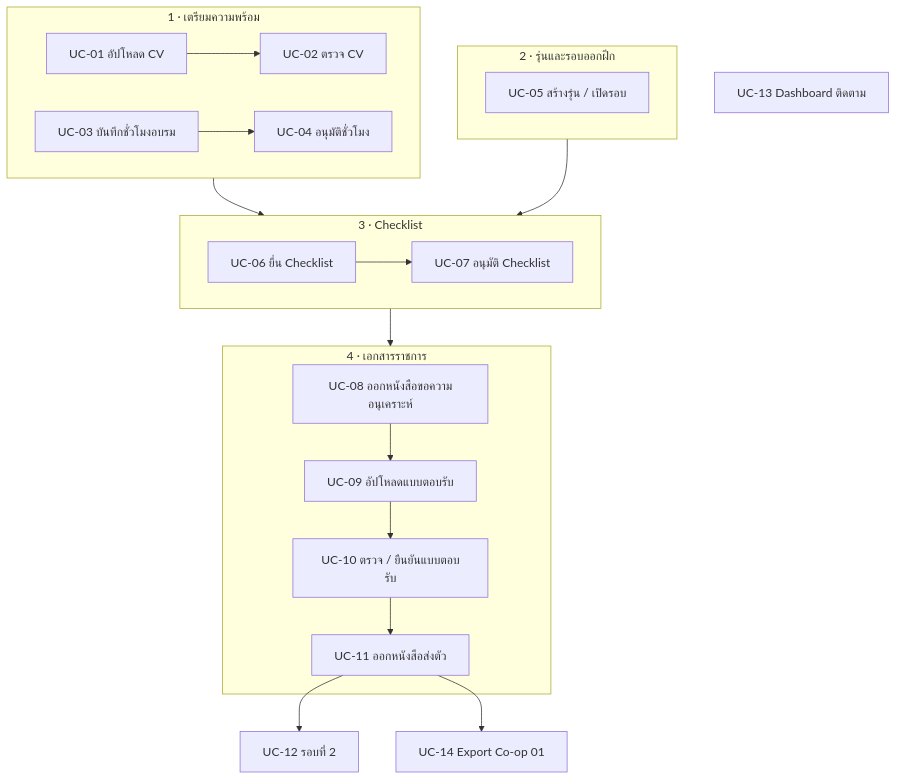
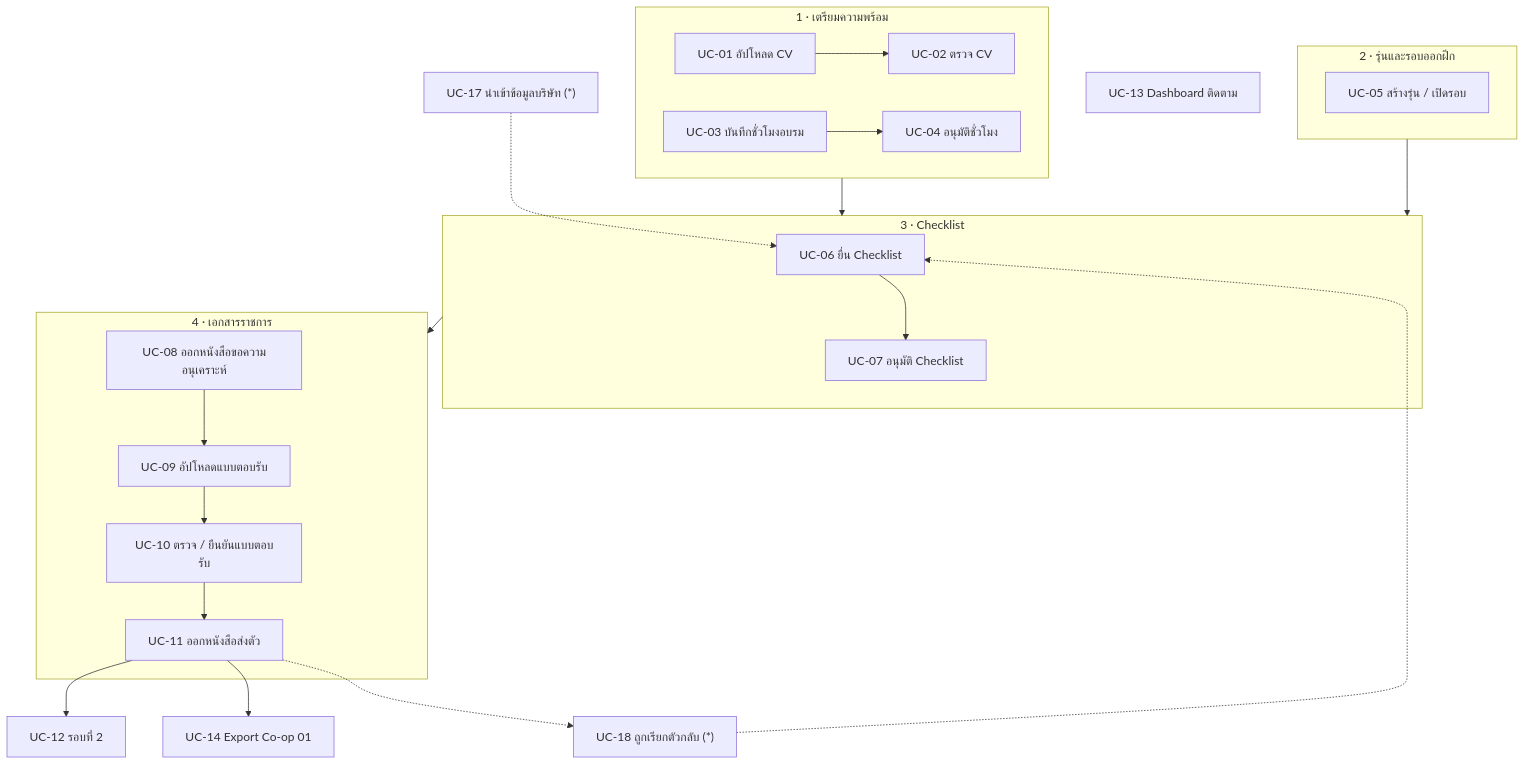
Before and after one commit to Whyer2005/ICT_Internship_tracking_system: the diagram in docs/requirements/03_USE_CASES.md, drawn with Mermaid. The commit also changed other lines of this file and 16 other files, not shown here.

Commit message:
ตั่งdefault ไม่แสดงวันเวลาต้องกดเพิ่มเอง(สร้างกจกรรมอบรมของstaff) & update diagram

````diff
--- a/docs/requirements/03_USE_CASES.md
+++ b/docs/requirements/03_USE_CASES.md
@@ -8,24 +8,27 @@
 ```mermaid
 flowchart TB
   subgraph PREP[1 · เตรียมความพร้อม]
     UC01[UC-01 อัปโหลด CV] --> UC02[UC-02 ตรวจ CV]
     UC03[UC-03 บันทึกชั่วโมงอบรม] --> UC04[UC-04 อนุมัติชั่วโมง]
   end
   subgraph CYCLE[2 · รุ่นและรอบออกฝึก]
     UC05[UC-05 สร้างรุ่น / เปิดรอบ]
   end
   subgraph CHK[3 · Checklist]
     UC06[UC-06 ยื่น Checklist] --> UC07[UC-07 อนุมัติ Checklist]
   end
   subgraph DOC[4 · เอกสารราชการ]
     UC08[UC-08 ออกหนังสือขอความอนุเคราะห์] --> UC09[UC-09 อัปโหลดแบบตอบรับ]
     UC09 --> UC10[UC-10 ตรวจ / ยืนยันแบบตอบรับ]
     UC10 --> UC11[UC-11 ออกหนังสือส่งตัว]
   end
   PREP --> CHK
   CYCLE --> CHK
   CHK --> DOC
   UC11 --> UC12[UC-12 รอบที่ 2]
   UC11 --> UC14[UC-14 Export Co-op 01]
+  UC11 -.-> UC18["UC-18 ถูกเรียกตัวกลับ (*)"]
+  UC18 -.-> UC06
   UC13[UC-13 Dashboard ติดตาม]
+  UC17["UC-17 นำเข้าข้อมูลบริษัท (*)"] -.-> UC06
 ```
````
